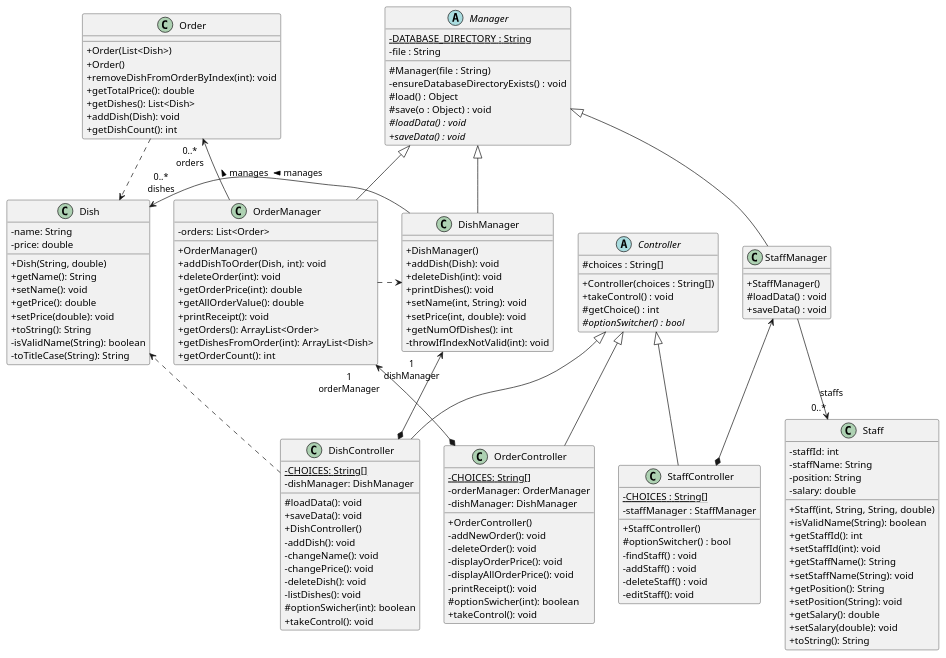
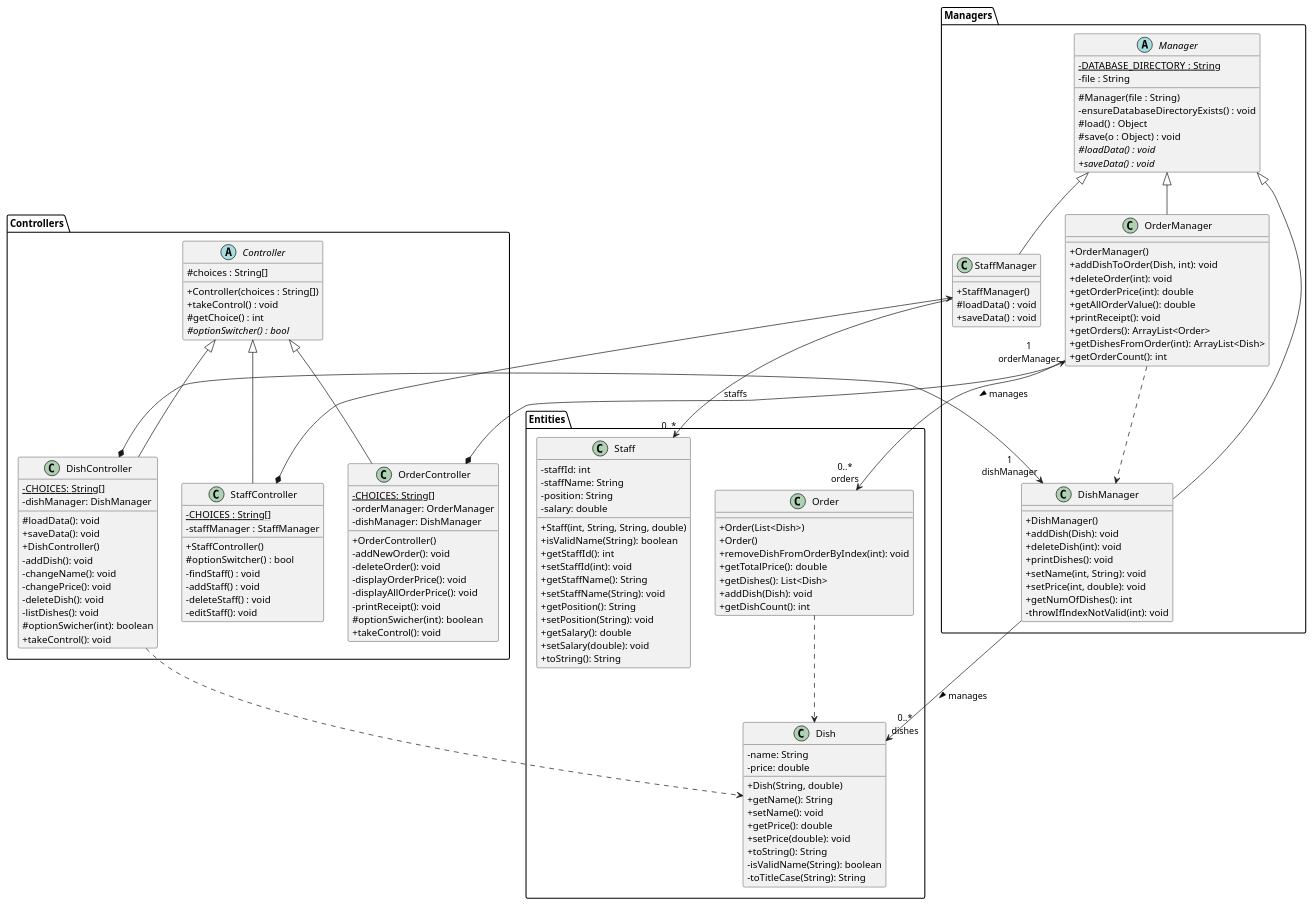
The diagram in docs/uml/class/all.puml (nus-cs2113-AY2122S2/tp), drawn with PlantUML before and after one commit. The commit also changed 1 other file, not shown here.

Commit message:
Generate graph

```diff
--- a/docs/uml/class/all.puml
+++ b/docs/uml/class/all.puml
@@ -1,154 +1,160 @@
 @startuml
 skinparam classAttributeIconSize 0
-abstract class Manager {
--{static}DATABASE_DIRECTORY : String
--file : String
-#Manager(file : String)
--ensureDatabaseDirectoryExists() : void
-#load() : Object
-#save(o : Object) : void
-#{abstract}loadData() : void
-+{abstract}saveData() : void
+
+namespace Controllers {
+    abstract class Controller {
+    #choices : String[]
+    +Controller(choices : String[])
+    +takeControl() : void
+    #getChoice() : int
+    #{abstract}optionSwitcher() : bool
+    }
+
+    class StaffController {
+    -{static}CHOICES : String[]
+    -staffManager : StaffManager
+    +StaffController()
+    #optionSwitcher() : bool
+    -findStaff() : void
+    -addStaff() : void
+    -deleteStaff() : void
+    -editStaff(): void
+    }
+
+    class DishController {
+        -{static}CHOICES: String[]
+        -dishManager: DishManager
+        #loadData(): void
+        +saveData(): void
+        +DishController()
+        -addDish(): void
+        -changeName(): void
+        -changePrice(): void
+        -deleteDish(): void
+        -listDishes(): void
+        #optionSwicher(int): boolean
+        +takeControl(): void
+    }
+
+    class OrderController {
+        -{static}CHOICES: String[]
+        -orderManager: OrderManager
+        -dishManager: DishManager
+        +OrderController()
+        -addNewOrder(): void
+        -deleteOrder(): void
+        -displayOrderPrice(): void
+        -displayAllOrderPrice(): void
+        -printReceipt(): void
+        #optionSwicher(int): boolean
+        +takeControl(): void
+    }
+}
+namespace Managers {
+    abstract class Manager {
+    -{static}DATABASE_DIRECTORY : String
+    -file : String
+    #Manager(file : String)
+    -ensureDatabaseDirectoryExists() : void
+    #load() : Object
+    #save(o : Object) : void
+    #{abstract}loadData() : void
+    +{abstract}saveData() : void
+    }
+
+    class StaffManager {
+    +StaffManager()
+    #loadData() : void
+    +saveData() : void
+    }
+
+    class DishManager {
+        +DishManager()
+        +addDish(Dish): void
+        +deleteDish(int): void
+        +printDishes(): void
+        +setName(int, String): void
+        +setPrice(int, double): void
+        +getNumOfDishes(): int
+        -throwIfIndexNotValid(int): void
+    }
+
+    class OrderManager {
+        +OrderManager()
+        +addDishToOrder(Dish, int): void
+        +deleteOrder(int): void
+        +getOrderPrice(int): double
+        +getAllOrderValue(): double
+        +printReceipt(): void
+        +getOrders(): ArrayList<Order>
+        +getDishesFromOrder(int): ArrayList<Dish>
+        +getOrderCount(): int
+    }
 }
 
-class StaffManager {
-+StaffManager()
-#loadData() : void
-+saveData() : void
+namespace Entities {
+    class Staff {
+        -staffId: int
+        -staffName: String
+        -position: String
+        -salary: double
+        +Staff(int, String, String, double)
+        +isValidName(String): boolean
+        +getStaffId(): int
+        +setStaffId(int): void
+        +getStaffName(): String
+        +setStaffName(String): void
+        +getPosition(): String
+        +setPosition(String): void
+        +getSalary(): double
+        +setSalary(double): void
+        +toString(): String
+    }
+
+    class Dish {
+        -name: String
+        -price: double
+        +Dish(String, double)
+        +getName(): String
+        +setName(): void
+        +getPrice(): double
+        +setPrice(double): void
+        +toString(): String
+        -isValidName(String): boolean
+        -toTitleCase(String): String
+    }
+
+    class Order {
+        +Order(List<Dish>)
+        +Order()
+        +removeDishFromOrderByIndex(int): void
+        +getTotalPrice(): double
+        +getDishes(): List<Dish>
+        +addDish(Dish): void
+        +getDishCount(): int
+    }
 }
 
-abstract class Controller {
-#choices : String[]
-+Controller(choices : String[])
-+takeControl() : void
-#getChoice() : int
-#{abstract}optionSwitcher() : bool
-}
-
-class StaffController {
--{static}CHOICES : String[]
--staffManager : StaffManager
-+StaffController()
-#optionSwitcher() : bool
--findStaff() : void
--addStaff() : void
--deleteStaff() : void
--editStaff(): void
-}
-
-class Staff {
-    -staffId: int
-    -staffName: String
-    -position: String
-    -salary: double
-    +Staff(int, String, String, double)
-    +isValidName(String): boolean
-    +getStaffId(): int
-    +setStaffId(int): void
-    +getStaffName(): String
-    +setStaffName(String): void
-    +getPosition(): String
-    +setPosition(String): void
-    +getSalary(): double
-    +setSalary(double): void
-    +toString(): String
-}
-
-class Dish {
-    -name: String
-    -price: double
-    +Dish(String, double)
-    +getName(): String
-    +setName(): void
-    +getPrice(): double
-    +setPrice(double): void
-    +toString(): String
-    -isValidName(String): boolean
-    -toTitleCase(String): String
-}
-
-class DishManager {
-    +DishManager()
-    +addDish(Dish): void
-    +deleteDish(int): void
-    +printDishes(): void
-    +setName(int, String): void
-    +setPrice(int, double): void
-    +getNumOfDishes(): int
-    -throwIfIndexNotValid(int): void
-}
-
-class DishController {
-    -{static}CHOICES: String[]
-    -dishManager: DishManager
-    #loadData(): void
-    +saveData(): void
-    +DishController()
-    -addDish(): void
-    -changeName(): void
-    -changePrice(): void
-    -deleteDish(): void
-    -listDishes(): void
-    #optionSwicher(int): boolean
-    +takeControl(): void
-}
-
-class Order {
-    +Order(List<Dish>)
-    +Order()
-    +removeDishFromOrderByIndex(int): void
-    +getTotalPrice(): double
-    +getDishes(): List<Dish>
-    +addDish(Dish): void
-    +getDishCount(): int
-}
-
-class OrderManager {
-    -orders: List<Order>
-    +OrderManager()
-    +addDishToOrder(Dish, int): void
-    +deleteOrder(int): void
-    +getOrderPrice(int): double
-    +getAllOrderValue(): double
-    +printReceipt(): void
-    +getOrders(): ArrayList<Order>
-    +getDishesFromOrder(int): ArrayList<Dish>
-    +getOrderCount(): int
-}
-
-class OrderController {
-    -{static}CHOICES: String[]
-    -orderManager: OrderManager
-    -dishManager: DishManager
-    +OrderController()
-    -addNewOrder(): void
-    -deleteOrder(): void
-    -displayOrderPrice(): void
-    -displayAllOrderPrice(): void
-    -printReceipt(): void
-    #optionSwicher(int): boolean
-    +takeControl(): void
-}
 
 'Staff relations
-Manager <|-- StaffManager
-StaffManager <--* StaffController
-Controller <|-- StaffController
-StaffManager --> "0..*" Staff : staffs
+Managers.Manager <|-- Managers.StaffManager
+Managers.StaffManager <--* Controllers.StaffController
+Controllers.Controller <|-- Controllers.StaffController
+Managers.StaffManager --> "0..*" Entities.Staff : staffs
 
 'Dish relations
-Manager <|-- DishManager
-Controller <|-- DishController
-Dish "0..*\ndishes" <- DishManager: manages <
-DishManager "1\ndishManager" <--* DishController
-DishController .-> Dish
+Managers.Manager <|-- Managers.DishManager
+Controllers.Controller <|-- Controllers.DishController
+Entities.Dish "0..*\ndishes" <- Managers.DishManager: manages <
+Managers.DishManager "1\ndishManager" <--* Controllers.DishController
+Controllers.DishController .-> Entities.Dish
 
 'Order relations
-Manager <|-- OrderManager
-Controller <|-- OrderController
-Order "0..*\norders" <-- OrderManager: manages <
-OrderManager "1\norderManager" <--* OrderController
-OrderManager .> DishManager
-Order ..> Dish
+Managers.Manager <|-- Managers.OrderManager
+Controllers.Controller <|-- Controllers.OrderController
+Entities.Order "0..*\norders" <-- Managers.OrderManager: manages <
+Managers.OrderManager "1\norderManager" <--* Controllers.OrderController
+Managers.OrderManager ..> Managers.DishManager
+Entities.Order ..> Entities.Dish
 
 @enduml
```
